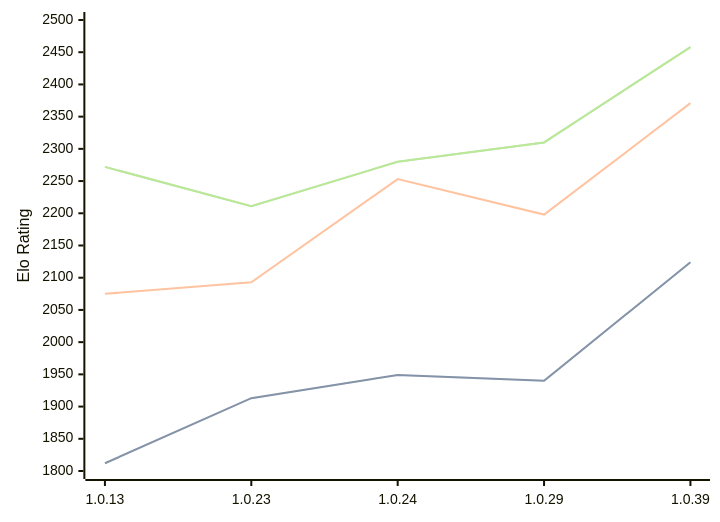
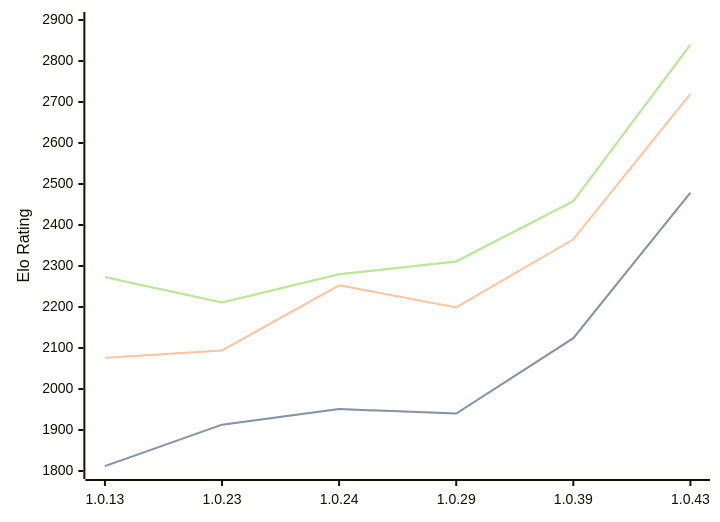
Before and after one commit to computer-chess-index/cci: the diagram in engines/RustyRival.md, drawn with Mermaid. The commit also changed other lines of this file, not shown here.

Commit message:
Update CCI Ratings (ELO VLTC) - 2026-05-01

````diff
--- a/engines/RustyRival.md
+++ b/engines/RustyRival.md
@@ -68,11 +68,11 @@
 ```mermaid
 %%{init: {"theme":"base","themeVariables":{"seriesColors:['#a3a3a3','#222221','#faa371']}}}%%
 xychart-beta
-  x-axis ["1.0.13", "1.0.23", "1.0.24", "1.0.29", "1.0.39"]
-  y-axis "Elo Rating" 1800 --> 2500
-  line "STC (8.0+0.08s)" [1812, 1913, 1949, 1940, 2124]
-  line "STC (8.0+0.08s)" [1812, 1913, 1949, 1940, 2124]
-  line "LTC (60.0+0.60s)" [2075, 2093, 2253, 2198, 2371]
-  line "VLTC (2m24s+1.12s)" [2272, 2211, 2280, 2310, 2458]
-  line "VLTC (2m24s+1.12s)" [2272, 2211, 2280, 2310, 2458]
+  x-axis ["1.0.13", "1.0.23", "1.0.24", "1.0.29", "1.0.39", "1.0.43"]
+  y-axis "Elo Rating" 1800 --> 2900
+  line "STC (8.0+0.08s)" [1812, 1913, 1951, 1940, 2124, 2479]
+  line "STC (8.0+0.08s)" [1812, 1913, 1951, 1940, 2124, 2479]
+  line "LTC (60.0+0.60s)" [2076, 2094, 2253, 2199, 2365, 2720]
+  line "VLTC (2m24s+1.12s)" [2273, 2211, 2280, 2311, 2458, 2840]
+  line "VLTC (2m24s+1.12s)" [2273, 2211, 2280, 2311, 2458, 2840]
 ```
````
